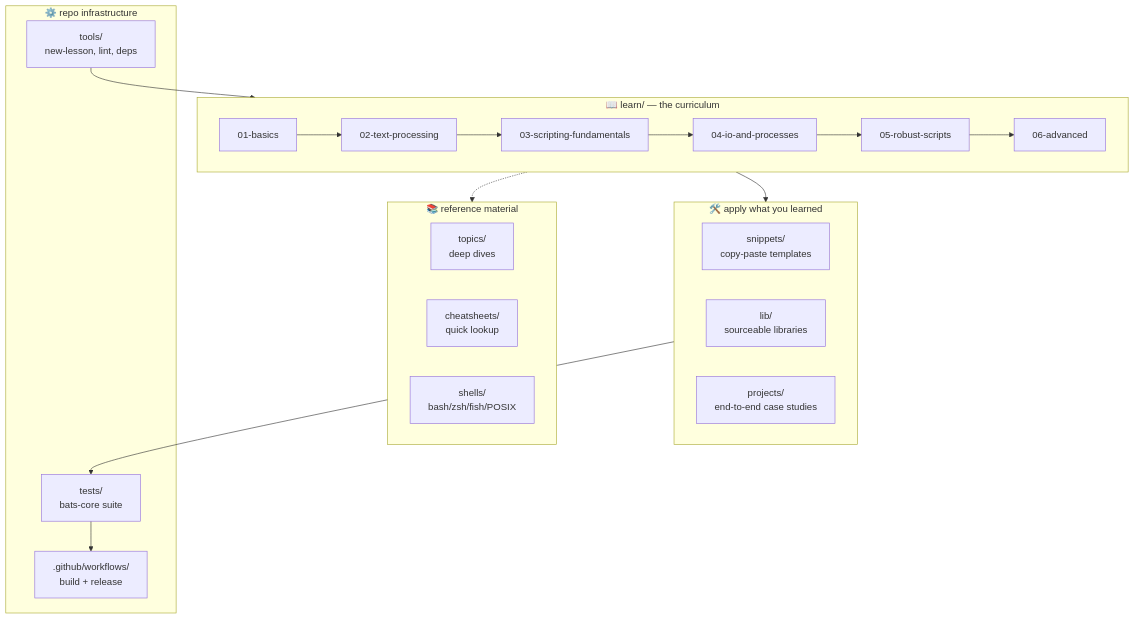
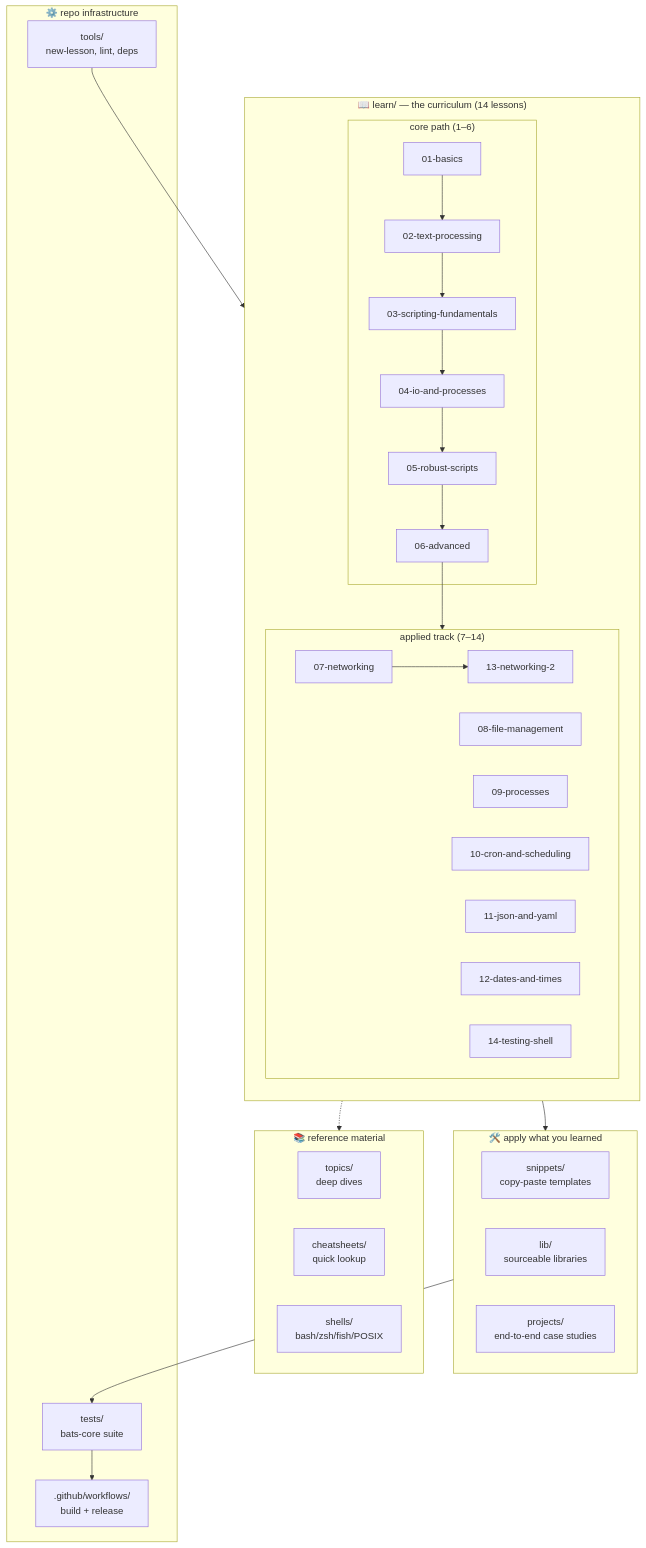
The diagram in README.md (PhamThe-KHDL/shell-mastery), drawn with Mermaid before and after one commit. The commit also changed other lines of this file and 12 other files, not shown here.

````diff
--- a/README.md
+++ b/README.md
@@ -98,36 +98,51 @@
 ```mermaid
 graph TD
-    subgraph learn["📖 learn/ — the curriculum"]
-        L1[01-basics]
-        L2[02-text-processing]
-        L3[03-scripting-fundamentals]
-        L4[04-io-and-processes]
-        L5[05-robust-scripts]
-        L6[06-advanced]
-        L1 --> L2 --> L3 --> L4 --> L5 --> L6
+    subgraph learn["📖 learn/ — the curriculum (14 lessons)"]
+        direction TB
+        subgraph core["core path (1–6)"]
+            L1[01-basics]
+            L2[02-text-processing]
+            L3[03-scripting-fundamentals]
+            L4[04-io-and-processes]
+            L5[05-robust-scripts]
+            L6[06-advanced]
+            L1 --> L2 --> L3 --> L4 --> L5 --> L6
+        end
+        subgraph applied["applied track (7–14)"]
+            L7[07-networking]
+            L8[08-file-management]
+            L9[09-processes]
+            L10[10-cron-and-scheduling]
+            L11[11-json-and-yaml]
+            L12[12-dates-and-times]
+            L13[13-networking-2]
+            L14[14-testing-shell]
+            L7 --> L13
+        end
+        L6 --> applied
     end
 
     subgraph reference["📚 reference material"]
         TOPICS[topics/<br/>deep dives]
         CHEATS[cheatsheets/<br/>quick lookup]
         SHELLS[shells/<br/>bash/zsh/fish/POSIX]
     end
 
     subgraph practice["🛠️ apply what you learned"]
         SNIPPETS[snippets/<br/>copy-paste templates]
         LIB[lib/<br/>sourceable libraries]
         PROJECTS[projects/<br/>end-to-end case studies]
     end
 
     subgraph infra["⚙️ repo infrastructure"]
         TOOLS[tools/<br/>new-lesson, lint, deps]
         TESTS[tests/<br/>bats-core suite]
         CI[.github/workflows/<br/>build + release]
     end
 
     learn -.-> reference
     learn --> practice
     practice --> TESTS
     TOOLS --> learn
     TESTS --> CI
 ```
````
